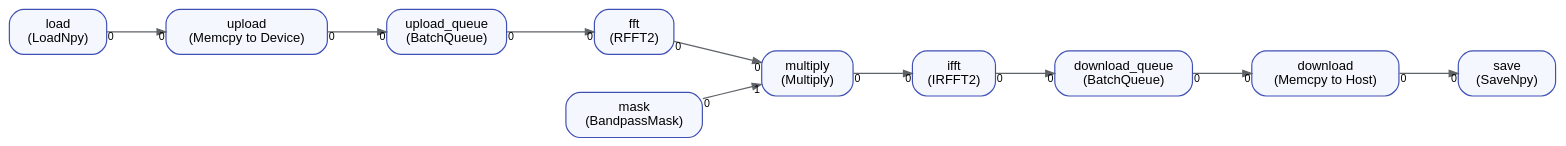
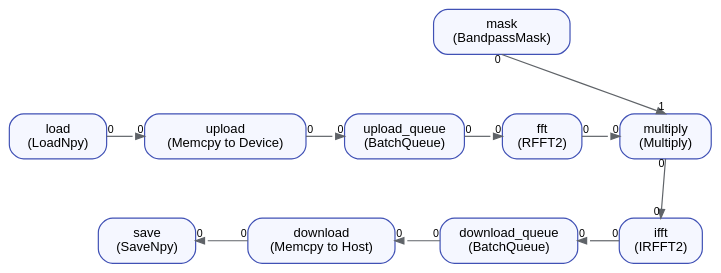
One commit to DigitalHolography/Holoflow changed the diagram in doc/mkdocs/docs/assets/graphs/holoflow-bandpass-queued-spec.dot. Above: the diagram before and after it, drawn with Graphviz. The commit also changed 3 other files, not shown here.

Commit message:
docs: align bandpass graph layouts

```diff
--- a/doc/mkdocs/docs/assets/graphs/holoflow-bandpass-queued-spec.dot
+++ b/doc/mkdocs/docs/assets/graphs/holoflow-bandpass-queued-spec.dot
@@ -1,28 +1,46 @@
 digraph holoflow_graph {
-  rankdir=LR;
-  graph [bgcolor="transparent", pad="0.25", nodesep="0.45", ranksep="0.7"];
+  rankdir=TB;
+  newrank=true;
+  graph [bgcolor="transparent", pad="0.25", nodesep="0.45", ranksep="0.7", splines=polyline];
   node [shape=box, style="rounded,filled", fillcolor="#f5f7ff", color="#4051b5",
         fontname="Helvetica", fontsize=11, margin="0.16,0.10"];
   edge [color="#5f6368", fontname="Helvetica", fontsize=9, arrowsize=0.75];
+
+  node [shape=point, width=0, height=0, label="", style=invis];
+  L0; R0; L1; R1; L2; R2;
+  L0 -> L1 -> L2 [style=invis, weight=1000];
+  R0 -> R1 -> R2 [style=invis, weight=1000];
+
+  node [shape=box, style="rounded,filled", fillcolor="#f5f7ff", color="#4051b5",
+        fontname="Helvetica", fontsize=11, margin="0.16,0.10"];
 
   load [label="load\n(LoadNpy)"];
   upload [label="upload\n(Memcpy to Device)"];
   upload_queue [label="upload_queue\n(BatchQueue)"];
   fft [label="fft\n(RFFT2)"];
   mask [label="mask\n(BandpassMask)"];
   multiply [label="multiply\n(Multiply)"];
   ifft [label="ifft\n(IRFFT2)"];
   download_queue [label="download_queue\n(BatchQueue)"];
   download [label="download\n(Memcpy to Host)"];
   save [label="save\n(SaveNpy)"];
 
-  load -> upload [taillabel="0", headlabel="0"];
-  upload -> upload_queue [taillabel="0", headlabel="0"];
-  upload_queue -> fft [taillabel="0", headlabel="0"];
-  fft -> multiply [taillabel="0", headlabel="0"];
-  mask -> multiply [taillabel="0", headlabel="1"];
-  multiply -> ifft [taillabel="0", headlabel="0"];
-  ifft -> download_queue [taillabel="0", headlabel="0"];
-  download_queue -> download [taillabel="0", headlabel="0"];
-  download -> save [taillabel="0", headlabel="0"];
+  { rank=same; L0; mask; R0; }
+  L0 -> mask -> R0 [style=invis, weight=1000];
+  { rank=same; L1; load; upload; upload_queue; fft; multiply; R1; }
+  L1 -> load -> upload -> upload_queue -> fft -> multiply -> R1 [style=invis, weight=1000];
+  { rank=same; L2; save; download; download_queue; ifft; R2; }
+  L2 -> save -> download -> download_queue -> ifft -> R2 [style=invis, weight=1000];
+
+  edge [color="#5f6368", fontname="Helvetica", fontsize=9, arrowsize=0.75,
+        style=solid, constraint=false];
+  load:e -> upload:w [taillabel="0", headlabel="0"];
+  upload:e -> upload_queue:w [taillabel="0", headlabel="0"];
+  upload_queue:e -> fft:w [taillabel="0", headlabel="0"];
+  fft:e -> multiply:w [taillabel="0", headlabel="0"];
+  mask:s -> multiply:n [taillabel="0", headlabel="1"];
+  multiply:s -> ifft:n [taillabel="0", headlabel="0"];
+  ifft:w -> download_queue:e [taillabel="0", headlabel="0"];
+  download_queue:w -> download:e [taillabel="0", headlabel="0"];
+  download:w -> save:e [taillabel="0", headlabel="0"];
 }
```
